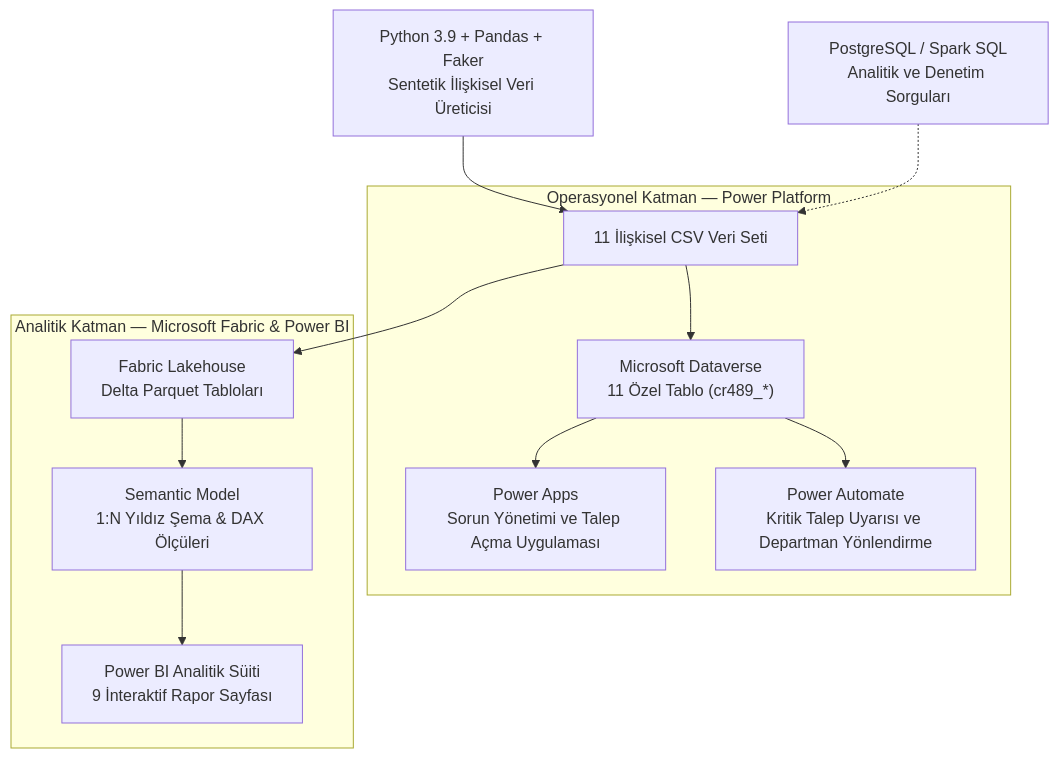
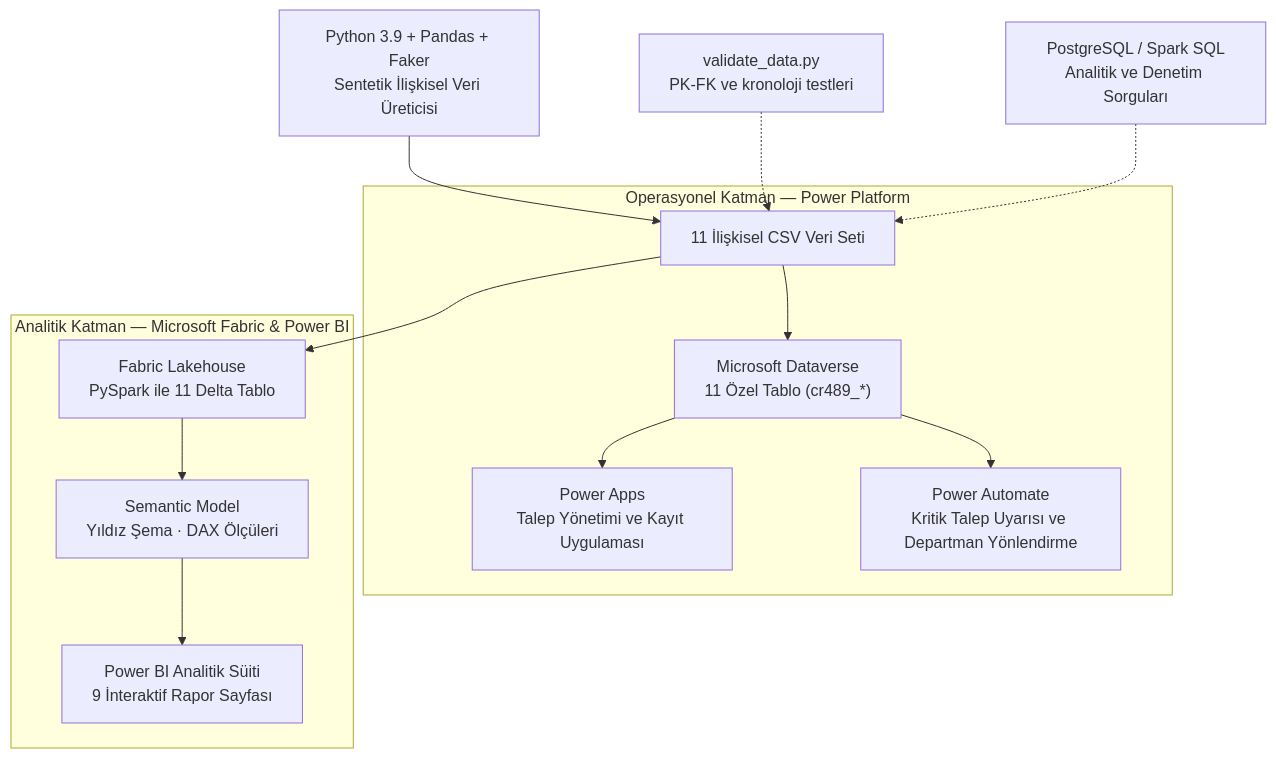
Before and after one commit to efehakanyildiz/opsinsight-power-platform: the first of 5 diagrams in README.md, drawn with Mermaid. The commit also changed other lines of this file and 2 other files, not shown here.

Commit message:
docs: README'yi baştan düzenle; semantic model ve Power BI bölümlerini gerçek modele göre detaylandır

````diff
--- a/README.md
+++ b/README.md
@@ -52,18 +86,19 @@
 ```mermaid
 flowchart TD
     PY["Python 3.9 + Pandas + Faker<br/>Sentetik İlişkisel Veri Üreticisi"] --> CSV["11 İlişkisel CSV Veri Seti"]
+    VAL["validate_data.py<br/>PK-FK ve kronoloji testleri"] -.-> CSV
 
     subgraph OP["Operasyonel Katman — Power Platform"]
         CSV --> DV["Microsoft Dataverse<br/>11 Özel Tablo (cr489_*)"]
-        DV --> PA["Power Apps<br/>Sorun Yönetimi ve Talep Açma Uygulaması"]
+        DV --> PA["Power Apps<br/>Talep Yönetimi ve Kayıt Uygulaması"]
         DV --> PF["Power Automate<br/>Kritik Talep Uyarısı ve Departman Yönlendirme"]
     end
 
     subgraph AN["Analitik Katman — Microsoft Fabric & Power BI"]
-        CSV --> LH["Fabric Lakehouse<br/>Delta Parquet Tabloları"]
-        LH --> SM["Semantic Model<br/>1:N Yıldız Şema & DAX Ölçüleri"]
+        CSV --> LH["Fabric Lakehouse<br/>PySpark ile 11 Delta Tablo"]
+        LH --> SM["Semantic Model<br/>Yıldız Şema · DAX Ölçüleri"]
         SM --> PBI["Power BI Analitik Süiti<br/>9 İnteraktif Rapor Sayfası"]
     end
 
     SQL["PostgreSQL / Spark SQL<br/>Analitik ve Denetim Sorguları"] -.-> CSV
 ```
````
